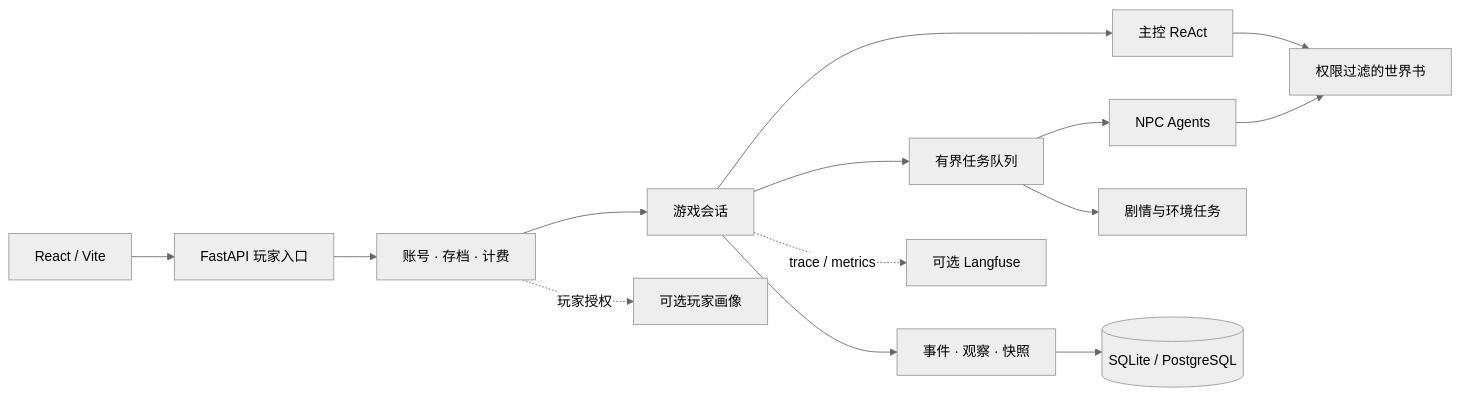
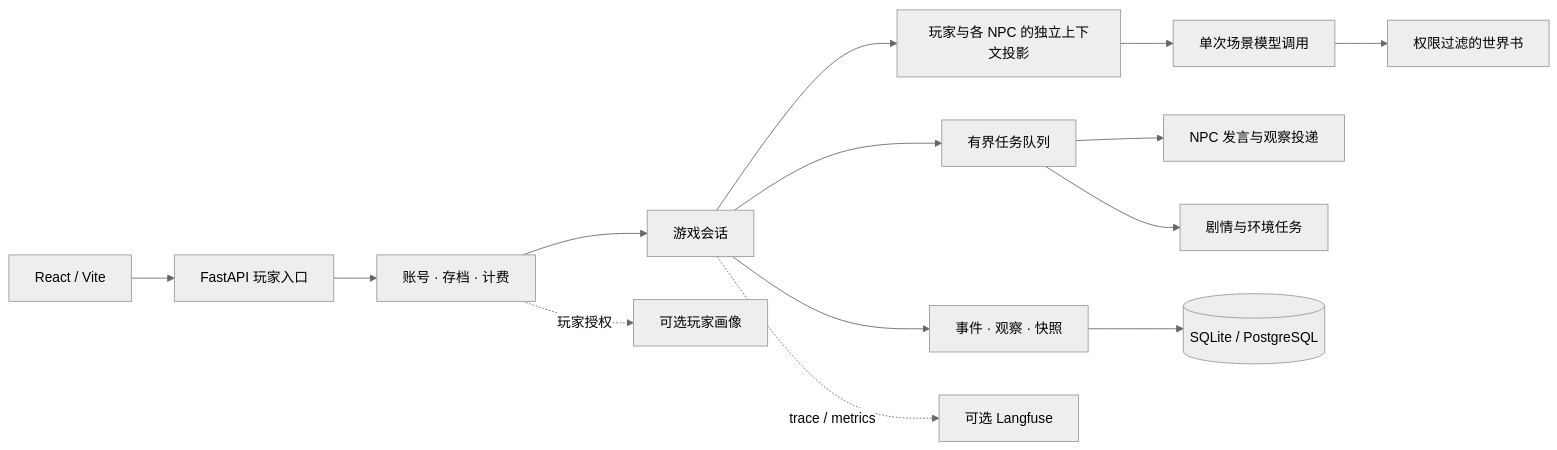
One commit to lumman0/storyloop changed the diagram in README.md. Above: the diagram before and after it, drawn with Mermaid (neutral theme). The commit also changed other lines of this file and 19 other files, not shown here.

````diff
--- a/README.md
+++ b/README.md
@@ -28,16 +28,16 @@
 ```mermaid
 flowchart LR
     UI[React / Vite] --> API[FastAPI 玩家入口]
     API --> Portal[账号 · 存档 · 计费]
     Portal --> Runtime[游戏会话]
-    Runtime --> Main[主控 ReAct]
+    Runtime --> Context[玩家与各 NPC 的独立上下文投影]
+    Context --> Main[单次场景模型调用]
     Runtime --> Queue[有界任务队列]
-    Queue --> NPC[NPC Agents]
+    Queue --> NPC[NPC 发言与观察投递]
     Queue --> Cues[剧情与环境任务]
     Main --> Book[权限过滤的世界书]
-    NPC --> Book
     Runtime --> Store[事件 · 观察 · 快照]
     Store --> SQL[(SQLite / PostgreSQL)]
     Portal -. 玩家授权 .-> Mem0[可选玩家画像]
     Runtime -. trace / metrics .-> Langfuse[可选 Langfuse]
 ```
````
